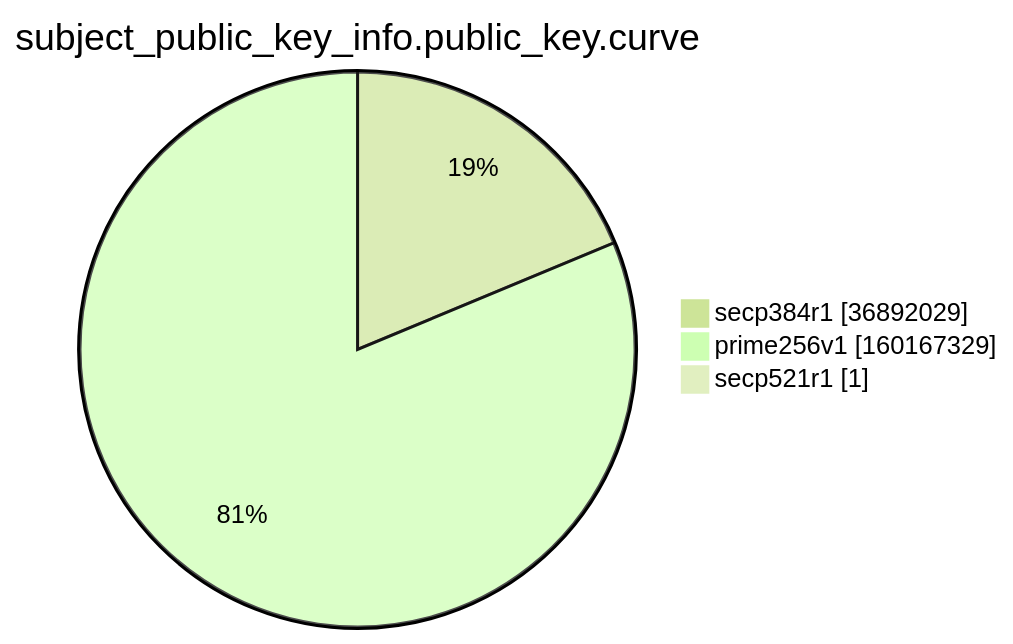
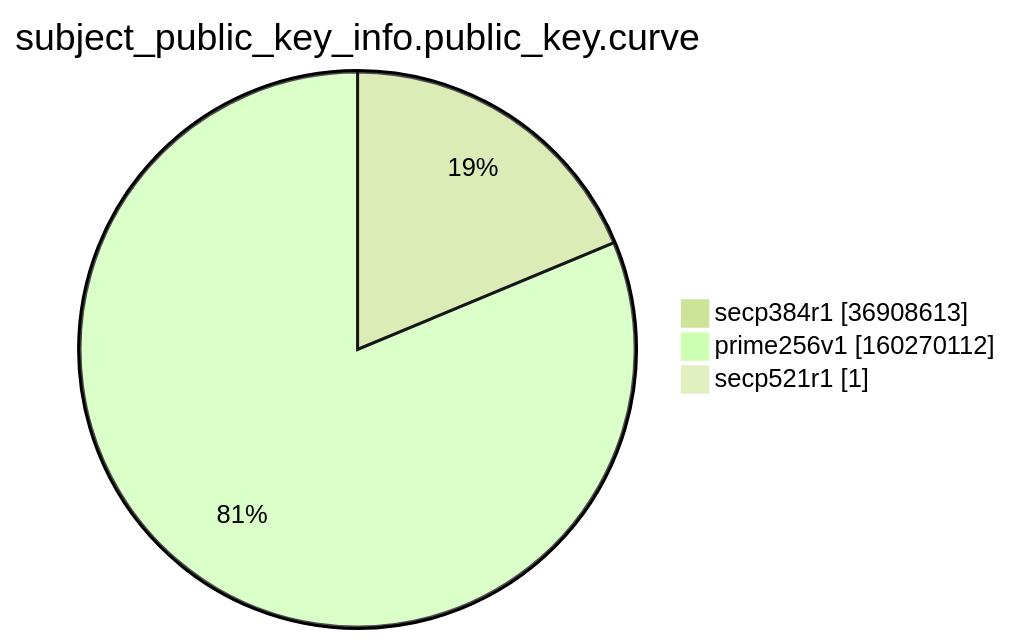
Before and after one commit to christiankrug/ctmonitor_visualization: the ninth of 15 diagrams in argon2022/README.md, drawn with Mermaid (forest theme). The commit also changed other lines of this file, not shown here.

````diff
--- a/argon2022/README.md
+++ b/argon2022/README.md
@@ -2766,7 +2766,7 @@
 ```mermaid
 pie showData
 title subject_public_key_info.public_key.curve
-"secp384r1" :36892029
-"prime256v1" :160167329
+"secp384r1" :36908613
+"prime256v1" :160270112
 "secp521r1" :1
 ```
````
